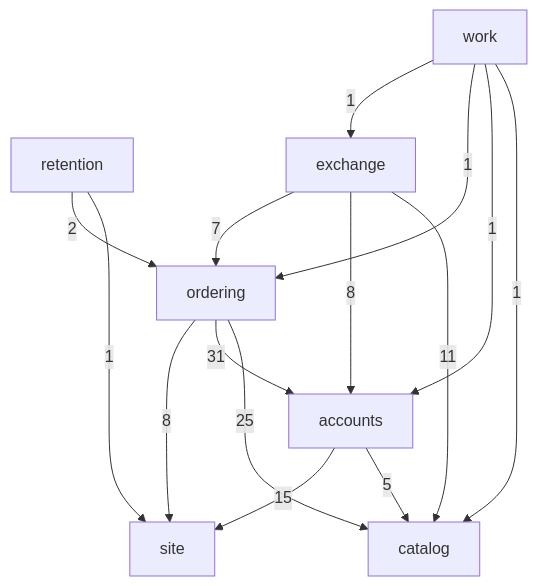
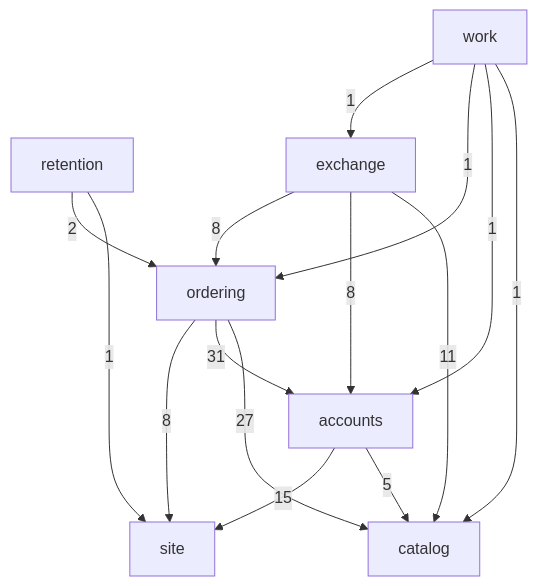
One commit to vik-koch/b2b-catalog-platform changed the third of 5 diagrams in docs/architecture.md. Above: the diagram before and after it, drawn with Mermaid. The commit also changed other lines of this file and 63 other files, not shown here.

````diff
--- a/docs/architecture.md
+++ b/docs/architecture.md
@@ -162,17 +162,17 @@
 ```mermaid
 flowchart TB
   retention -->|2| ordering
   retention -->|1| site
   work -->|1| exchange
   work -->|1| ordering
   work -->|1| accounts
   work -->|1| catalog
-  exchange -->|7| ordering
+  exchange -->|8| ordering
   exchange -->|8| accounts
   exchange -->|11| catalog
   ordering -->|8| site
   ordering -->|31| accounts
-  ordering -->|25| catalog
+  ordering -->|27| catalog
   accounts -->|15| site
   accounts -->|5| catalog
 ```
````
